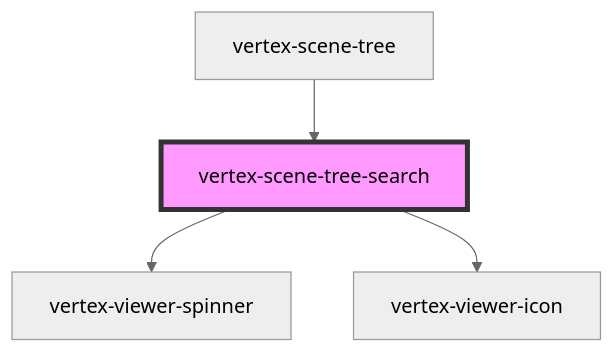
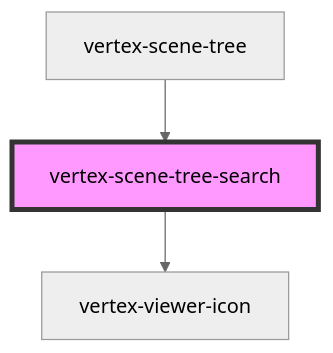
The diagram in packages/viewer/src/components/scene-tree-search/readme.md (Vertexvis/vertex-web-sdk), drawn with Mermaid (neutral theme) before and after one commit. The commit also changed other lines of this file and 5 other files, not shown here.

````diff
--- a/packages/viewer/src/components/scene-tree-search/readme.md
+++ b/packages/viewer/src/components/scene-tree-search/readme.md
@@ -84,7 +82,6 @@
 ```mermaid
 graph TD;
-  vertex-scene-tree-search --> vertex-viewer-spinner
   vertex-scene-tree-search --> vertex-viewer-icon
   vertex-scene-tree --> vertex-scene-tree-search
   style vertex-scene-tree-search fill:#f9f,stroke:#333,stroke-width:4px
 ```
````
